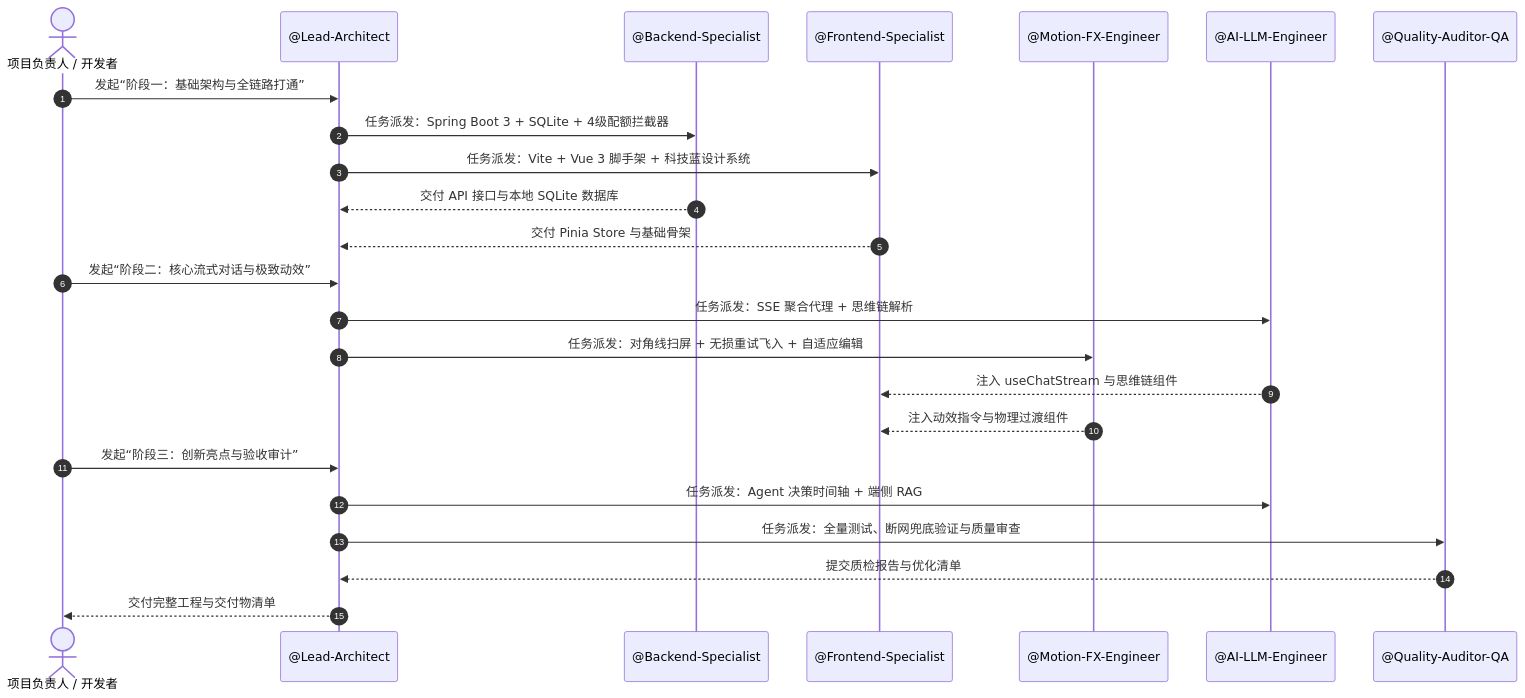
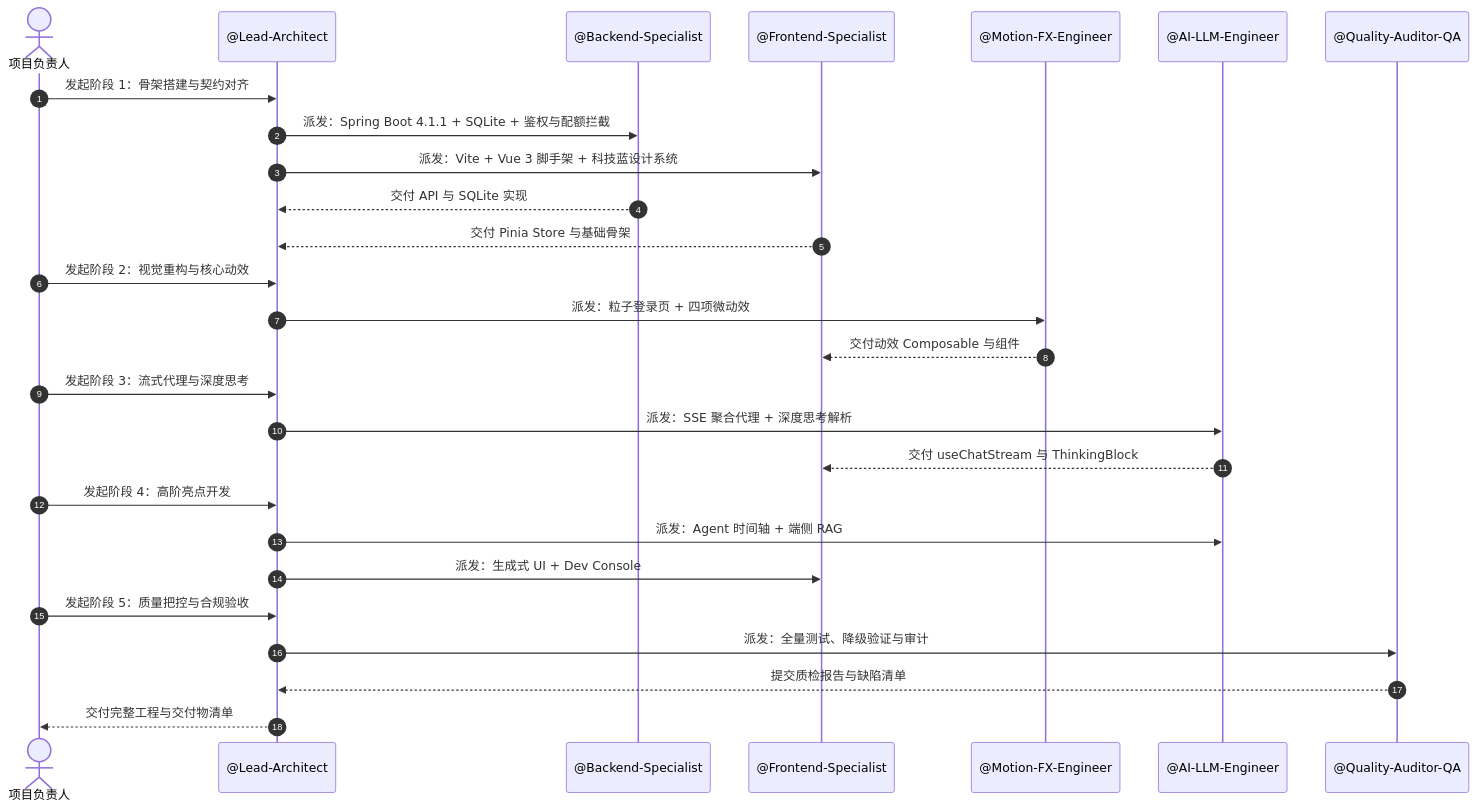
The second of 2 diagrams in docs/PROMPTS.md (gyb0619/XCWeb), drawn with Mermaid before and after one commit. The commit also changed other lines of this file and 83 other files, not shown here.

Commit message:
feat: complete XCWeb full-stack implementation with multi-agent architecture

````diff
--- a/docs/PROMPTS.md
+++ b/docs/PROMPTS.md
@@ -214,29 +236,34 @@
 ```mermaid
 sequenceDiagram
     autonumber
-    actor User as 项目负责人 / 开发者
+    actor User as 项目负责人
     participant Lead as @Lead-Architect
     participant Back as @Backend-Specialist
     participant Front as @Frontend-Specialist
     participant Motion as @Motion-FX-Engineer
     participant AI as @AI-LLM-Engineer
     participant QA as @Quality-Auditor-QA
 
-    User->>Lead: 发起“阶段一：基础架构与全链路打通”
-    Lead->>Back: 任务派发：Spring Boot 3 + SQLite + 4级配额拦截器
-    Lead->>Front: 任务派发：Vite + Vue 3 脚手架 + 科技蓝设计系统
-    Back-->>Lead: 交付 API 接口与本地 SQLite 数据库
+    User->>Lead: 发起阶段 1：骨架搭建与契约对齐
+    Lead->>Back: 派发：Spring Boot 4.1.1 + SQLite + 鉴权与配额拦截
+    Lead->>Front: 派发：Vite + Vue 3 脚手架 + 科技蓝设计系统
+    Back-->>Lead: 交付 API 与 SQLite 实现
     Front-->>Lead: 交付 Pinia Store 与基础骨架
-    
-    User->>Lead: 发起“阶段二：核心流式对话与极致动效”
-    Lead->>AI: 任务派发：SSE 聚合代理 + 思维链解析
-    Lead->>Motion: 任务派发：对角线扫屏 + 无损重试飞入 + 自适应编辑
-    AI-->>Front: 注入 useChatStream 与思维链组件
-    Motion-->>Front: 注入动效指令与物理过渡组件
-    
-    User->>Lead: 发起“阶段三：创新亮点与验收审计”
-    Lead->>AI: 任务派发：Agent 决策时间轴 + 端侧 RAG
-    Lead->>QA: 任务派发：全量测试、断网兜底验证与质量审查
-    QA-->>Lead: 提交质检报告与优化清单
+
+    User->>Lead: 发起阶段 2：视觉重构与核心动效
+    Lead->>Motion: 派发：粒子登录页 + 四项微动效
+    Motion-->>Front: 交付动效 Composable 与组件
+
+    User->>Lead: 发起阶段 3：流式代理与深度思考
+    Lead->>AI: 派发：SSE 聚合代理 + 深度思考解析
+    AI-->>Front: 交付 useChatStream 与 ThinkingBlock
+
+    User->>Lead: 发起阶段 4：高阶亮点开发
+    Lead->>AI: 派发：Agent 时间轴 + 端侧 RAG
+    Lead->>Front: 派发：生成式 UI + Dev Console
+
+    User->>Lead: 发起阶段 5：质量把控与合规验收
+    Lead->>QA: 派发：全量测试、降级验证与审计
+    QA-->>Lead: 提交质检报告与缺陷清单
     Lead-->>User: 交付完整工程与交付物清单
 ```
````
